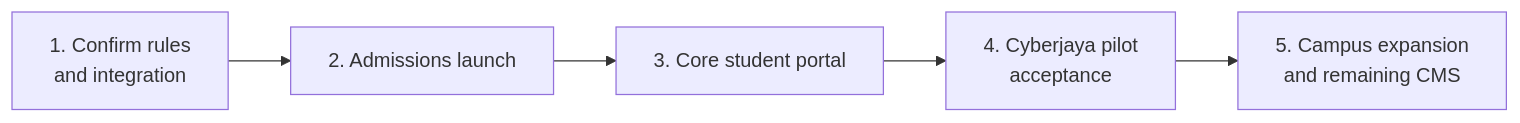
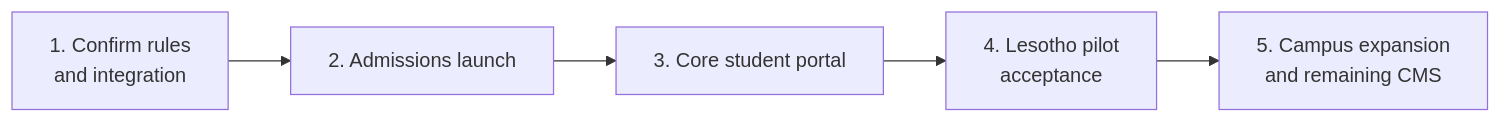
Before and after one commit to raisd-campus/portal-api-docs: the first of 2 diagrams in sdd/03-delivery-milestones.md, drawn with Mermaid. The commit also changed other lines of this file and 63 other files, not shown here.

First line of the commit message:
Publish Lesotho-first pilot structure on GitHub Pages.

````diff
--- a/sdd/03-delivery-milestones.md
+++ b/sdd/03-delivery-milestones.md
@@ -13,7 +13,7 @@
 ```mermaid
 flowchart LR
   M1[1. Confirm rules<br/>and integration] --> M2[2. Admissions launch]
   M2 --> M3[3. Core student portal]
-  M3 --> M4[4. Cyberjaya pilot<br/>acceptance]
+  M3 --> M4[4. Lesotho pilot<br/>acceptance]
   M4 --> M5[5. Campus expansion<br/>and remaining CMS]
 ```
````
